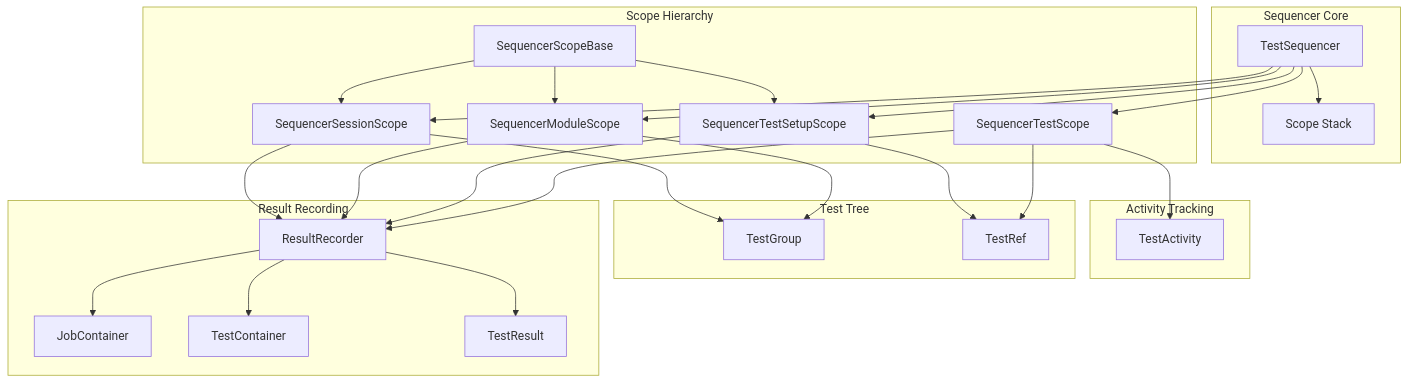
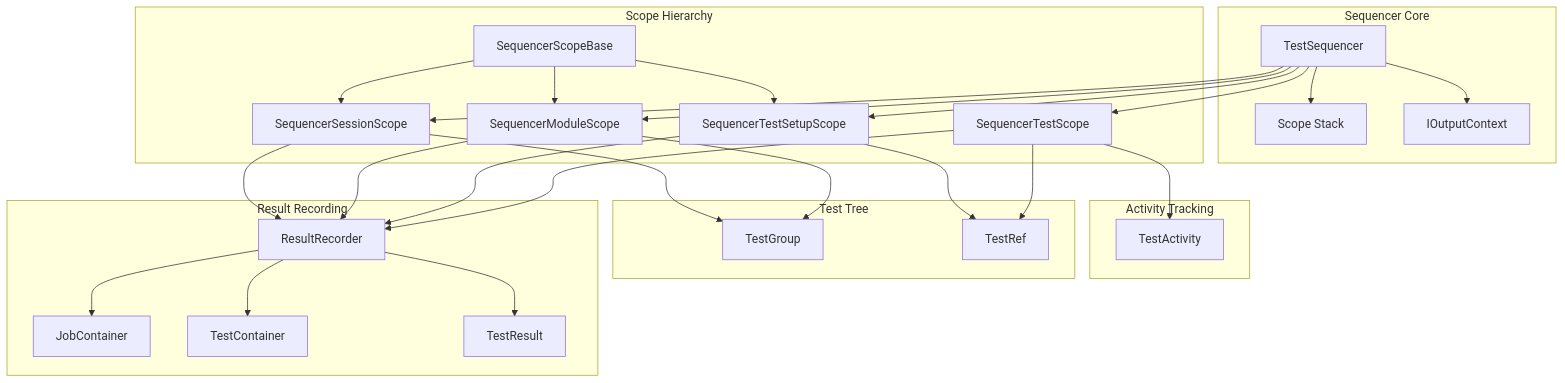
One commit to code-craft-ai-company/codecraftai-testbase changed the first of 13 diagrams in specs/sequencer/design.md. Above: the diagram before and after it, drawn with Mermaid. The commit also changed other lines of this file and 109 other files, not shown here.

````diff
--- a/specs/sequencer/design.md
+++ b/specs/sequencer/design.md
@@ -20,57 +20,59 @@
 ```mermaid
 graph TB
     subgraph "Sequencer Core"
         TS[TestSequencer]
         SS[Scope Stack]
+        OC[IOutputContext]
     end
     
     subgraph "Scope Hierarchy"
         SSB[SequencerScopeBase]
         SSS[SequencerSessionScope]
         SMS[SequencerModuleScope]
         STSS[SequencerTestSetupScope]
         STS[SequencerTestScope]
     end
     
     subgraph "Activity Tracking"
         TA[TestActivity]
     end
     
     subgraph "Test Tree"
         TG[TestGroup]
         TR[TestRef]
     end
     
     subgraph "Result Recording"
         RR[ResultRecorder]
         JC[JobContainer]
         TC[TestContainer]
         TRes[TestResult]
     end
     
     TS --> SS
+    TS --> OC
     TS --> SSS
     TS --> SMS
     TS --> STSS
     TS --> STS
     
     SSB --> SSS
     SSB --> SMS
     SSB --> STSS
     
     SSS --> TG
     SMS --> TG
     STSS --> TR
     STS --> TR
     
     STS --> TA
     
     SSS --> RR
     SMS --> RR
     STSS --> RR
     STS --> RR
     
     RR --> JC
     RR --> TC
     RR --> TRes
 ```
````
